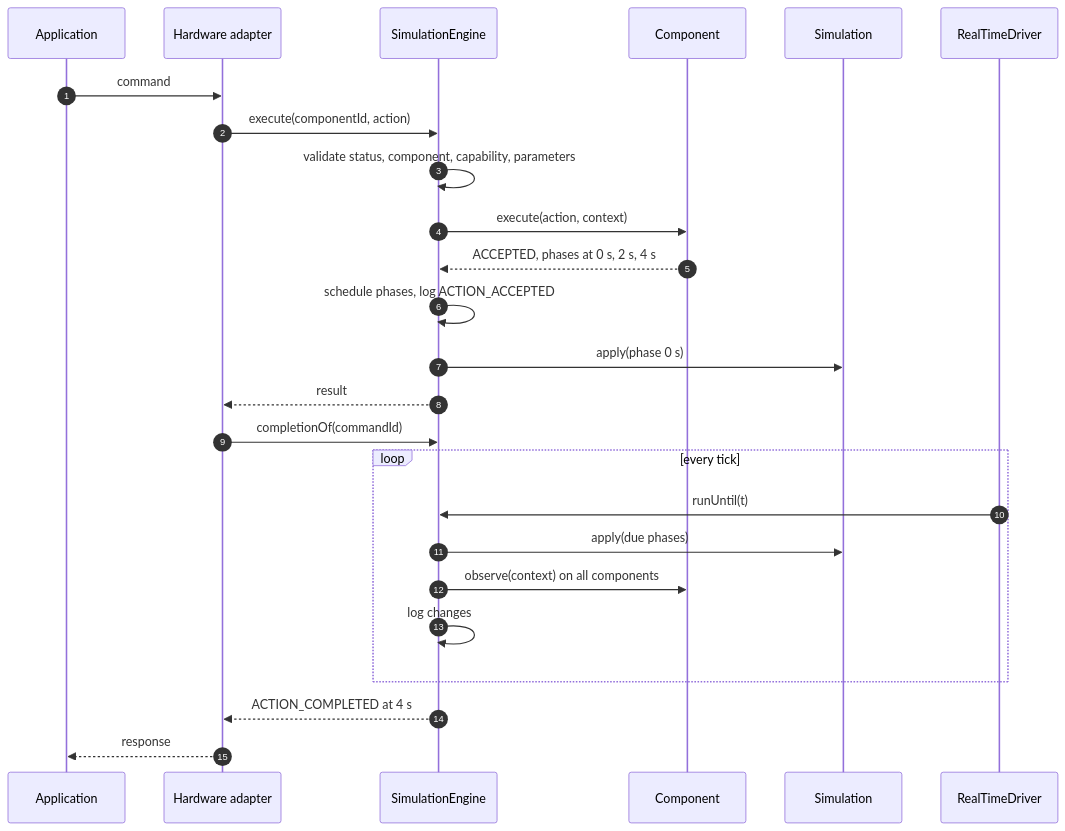
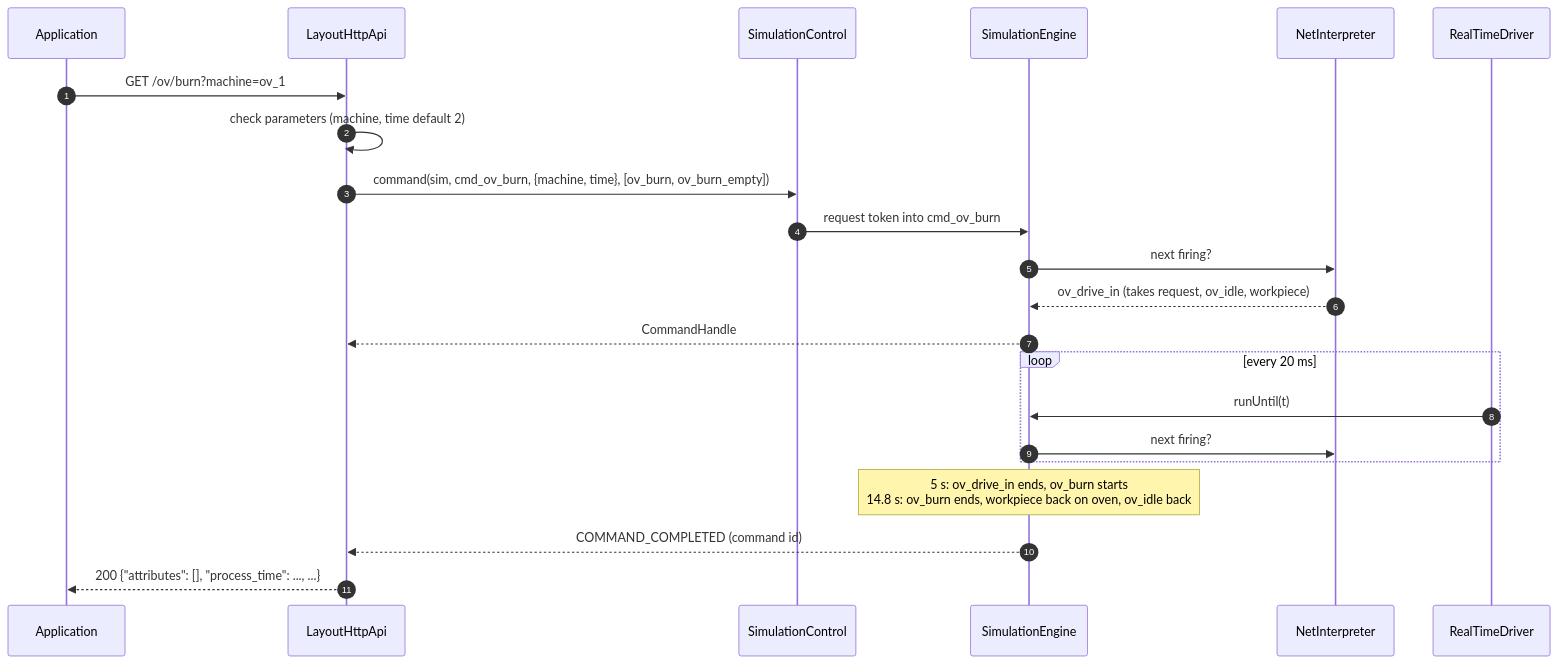
One commit to sejmasijaric/simulator-platform changed the third of 5 diagrams in docs/architecture.md. Above: the diagram before and after it, drawn with Mermaid. The commit also changed other lines of this file and 56 other files, not shown here.

Commit message:
updated ADRs + petri net layout approach added

````diff
--- a/docs/architecture.md
+++ b/docs/architecture.md
@@ -199,30 +115,25 @@
 ```mermaid
 sequenceDiagram
     autonumber
     participant App as Application
-    participant HW as Hardware adapter
+    participant Api as LayoutHttpApi
+    participant Ctl as SimulationControl
     participant Eng as SimulationEngine
-    participant Comp as Component
-    participant Sim as Simulation
+    participant Net as NetInterpreter
     participant Drv as RealTimeDriver
 
-    App->>HW: command
-    HW->>Eng: execute(componentId, action)
-    Eng->>Eng: validate status, component, capability, parameters
-    Eng->>Comp: execute(action, context)
-    Comp-->>Eng: ACCEPTED, phases at 0 s, 2 s, 4 s
-    Eng->>Eng: schedule phases, log ACTION_ACCEPTED
-    Eng->>Sim: apply(phase 0 s)
-    Eng-->>HW: result
-    HW->>Eng: completionOf(commandId)
-
-    loop every tick
+    App->>Api: GET /ov/burn?machine=ov_1
+    Api->>Api: check parameters (machine, time default 2)
+    Api->>Ctl: command(sim, cmd_ov_burn, {machine, time}, [ov_burn, ov_burn_empty])
+    Ctl->>Eng: request token into cmd_ov_burn
+    Eng->>Net: next firing?
+    Net-->>Eng: ov_drive_in (takes request, ov_idle, workpiece)
+    Eng-->>Api: CommandHandle
+    loop every 20 ms
         Drv->>Eng: runUntil(t)
-        Eng->>Sim: apply(due phases)
-        Eng->>Comp: observe(context) on all components
-        Eng->>Eng: log changes
+        Eng->>Net: next firing?
     end
-
-    Eng-->>HW: ACTION_COMPLETED at 4 s
-    HW-->>App: response
+    Note over Eng: 5 s: ov_drive_in ends, ov_burn starts<br/>14.8 s: ov_burn ends, workpiece back on oven, ov_idle back
+    Eng-->>Api: COMMAND_COMPLETED (command id)
+    Api-->>App: 200 {"attributes": [], "process_time": ..., ...}
 ```
````
